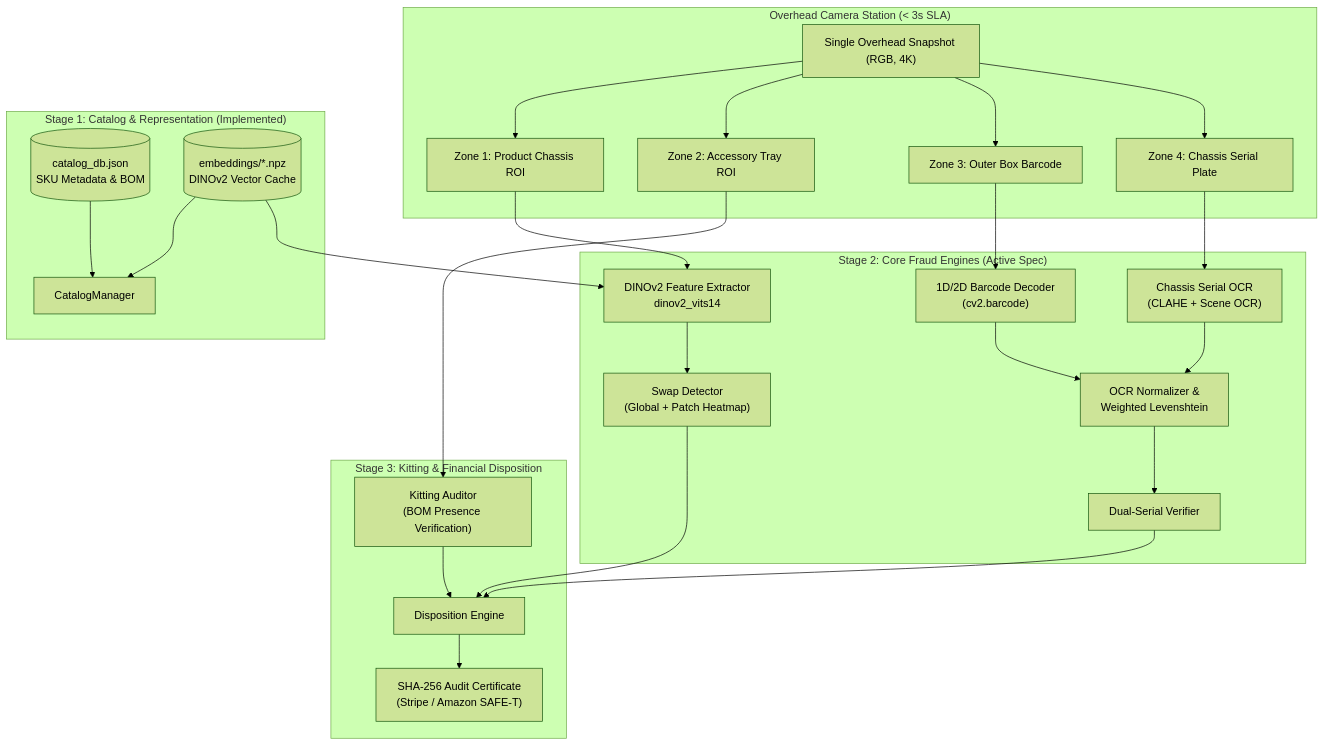
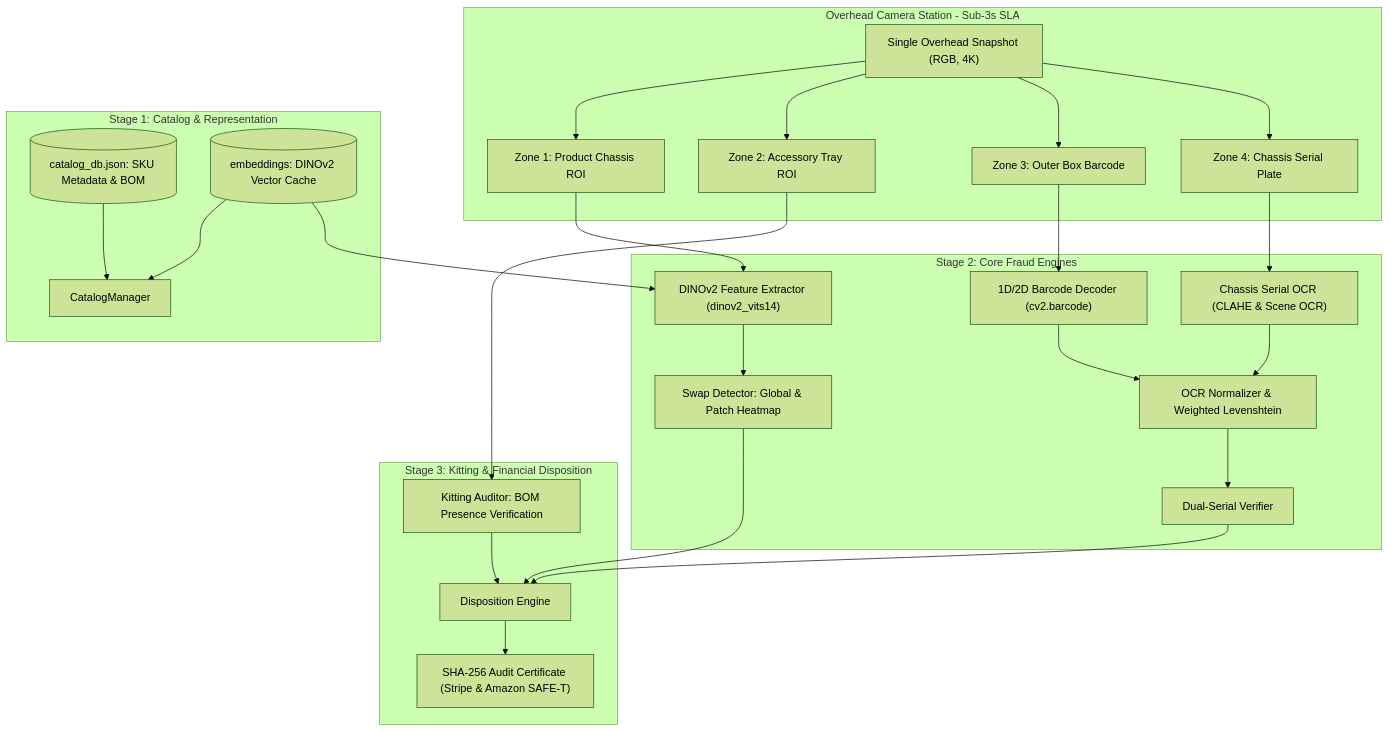
Before and after one commit to addy9051/ReturnsSheildAI: the first of 3 diagrams in docs/architecture.md, drawn with Mermaid (forest theme). The commit also changed other lines of this file and 6 other files, not shown here.

Commit message:
feat(phase-2): implement DINOv2 swap detector and dual-serial OCR verifier with weighted confusion matrix

````diff
--- a/docs/architecture.md
+++ b/docs/architecture.md
@@ -27,34 +27,41 @@
 ```mermaid
 flowchart TD
-    subgraph Station["Overhead Camera Station (< 3s SLA)"]
+    subgraph Station["Overhead Camera Station - Sub-3s SLA"]
         RawSnap["Single Overhead Snapshot (RGB, 4K)"]
         ROI_Chassis["Zone 1: Product Chassis ROI"]
         ROI_Tray["Zone 2: Accessory Tray ROI"]
         ROI_BoxBar["Zone 3: Outer Box Barcode"]
         ROI_Serial["Zone 4: Chassis Serial Plate"]
-        RawSnap --> ROI_Chassis & ROI_Tray & ROI_BoxBar & ROI_Serial
+        RawSnap --> ROI_Chassis
+        RawSnap --> ROI_Tray
+        RawSnap --> ROI_BoxBar
+        RawSnap --> ROI_Serial
     end
 
-    subgraph Phase1["Stage 1: Catalog & Representation (Implemented)"]
-        CatDB[("catalog_db.json<br/>SKU Metadata & BOM")]
-        EmbCache[("embeddings/*.npz<br/>DINOv2 Vector Cache")]
-        CatDB & EmbCache --> CatMgr["CatalogManager"]
+    subgraph Phase1["Stage 1: Catalog & Representation"]
+        CatDB[("catalog_db.json: SKU Metadata & BOM")]
+        EmbCache[("embeddings: DINOv2 Vector Cache")]
+        CatDB --> CatMgr["CatalogManager"]
+        EmbCache --> CatMgr
     end
 
-    subgraph Phase2["Stage 2: Core Fraud Engines (Active Spec)"]
-        ROI_Chassis --> DINO_Extract["DINOv2 Feature Extractor<br/>dinov2_vits14"]
+    subgraph Phase2["Stage 2: Core Fraud Engines"]
+        ROI_Chassis --> DINO_Extract["DINOv2 Feature Extractor (dinov2_vits14)"]
         EmbCache --> DINO_Extract
-        DINO_Extract --> SwapDet["Swap Detector<br/>(Global + Patch Heatmap)"]
+        DINO_Extract --> SwapDet["Swap Detector: Global & Patch Heatmap"]
         
-        ROI_BoxBar --> BarcodeEngine["1D/2D Barcode Decoder<br/>(cv2.barcode)"]
-        ROI_Serial --> OCREngine["Chassis Serial OCR<br/>(CLAHE + Scene OCR)"]
-        BarcodeEngine & OCREngine --> NormEngine["OCR Normalizer &<br/>Weighted Levenshtein"]
+        ROI_BoxBar --> BarcodeEngine["1D/2D Barcode Decoder (cv2.barcode)"]
+        ROI_Serial --> OCREngine["Chassis Serial OCR (CLAHE & Scene OCR)"]
+        BarcodeEngine --> NormEngine["OCR Normalizer & Weighted Levenshtein"]
+        OCREngine --> NormEngine
         NormEngine --> SerialVerifier["Dual-Serial Verifier"]
     end
 
     subgraph Phase3["Stage 3: Kitting & Financial Disposition"]
-        ROI_Tray --> KittingAuditor["Kitting Auditor<br/>(BOM Presence Verification)"]
-        SwapDet & SerialVerifier & KittingAuditor --> DispEngine["Disposition Engine"]
-        DispEngine --> CryptoCert["SHA-256 Audit Certificate<br/>(Stripe / Amazon SAFE-T)"]
+        ROI_Tray --> KittingAuditor["Kitting Auditor: BOM Presence Verification"]
+        SwapDet --> DispEngine["Disposition Engine"]
+        SerialVerifier --> DispEngine
+        KittingAuditor --> DispEngine
+        DispEngine --> CryptoCert["SHA-256 Audit Certificate (Stripe & Amazon SAFE-T)"]
     end
 ```
````
